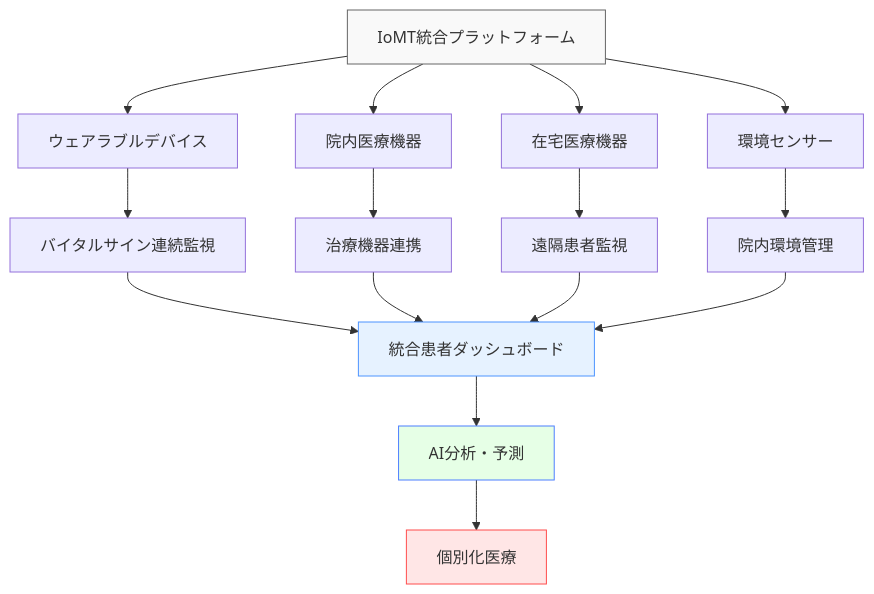
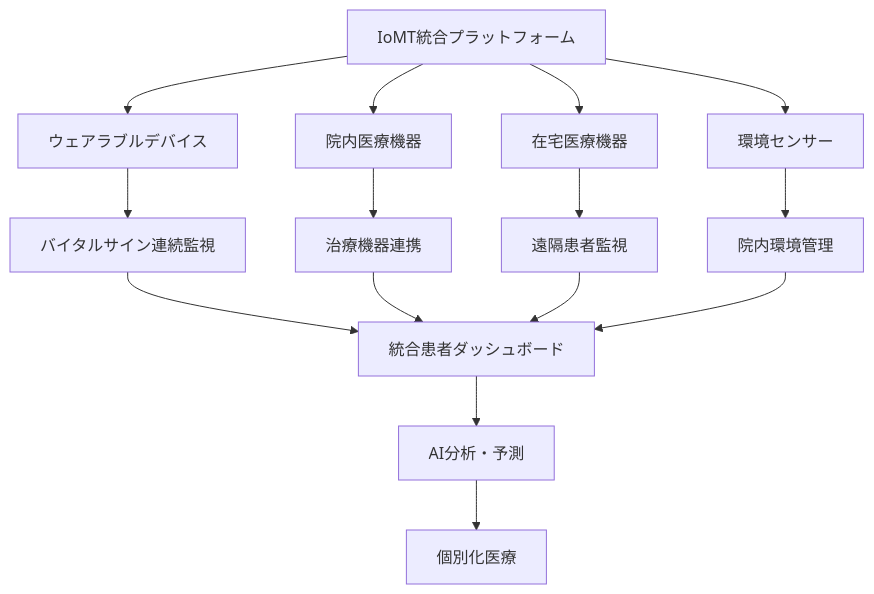
The seventh of 7 diagrams in docs/applications/medical-sa.md (shuji-bonji/Situational-Awareness-and-Decision-Making), drawn with Mermaid before and after one commit. The commit also changed other lines of this file and 49 other files, not shown here.

Commit message:
fix: ダークモードで見づらい図の色の変更

````diff
--- a/docs/applications/medical-sa.md
+++ b/docs/applications/medical-sa.md
@@ -438,25 +438,25 @@
 ```mermaid
 graph TD
     A[IoMT統合プラットフォーム] --> B[ウェアラブルデバイス]
     A --> C[院内医療機器]
     A --> D[在宅医療機器]
     A --> E[環境センサー]
     
     B --> F[バイタルサイン連続監視]
     C --> G[治療機器連携]
     D --> H[遠隔患者監視]
     E --> I[院内環境管理]
     
     F --> J[統合患者ダッシュボード]
     G --> J
     H --> J
     I --> J
     
     J --> K[AI分析・予測]
     K --> L[個別化医療]
     
-    style A fill:#f9f9f9,stroke:#666
-    style J fill:#e6f2ff,stroke:#4d94ff
-    style K fill:#e6ffe6,stroke:#4d7fff
-    style L fill:#ffe6e6,stroke:#ff4d4d
+
+
+
+
 ```
````
